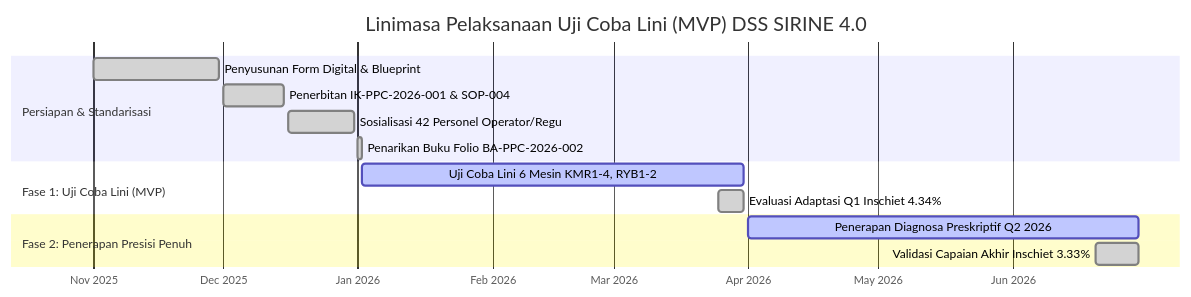
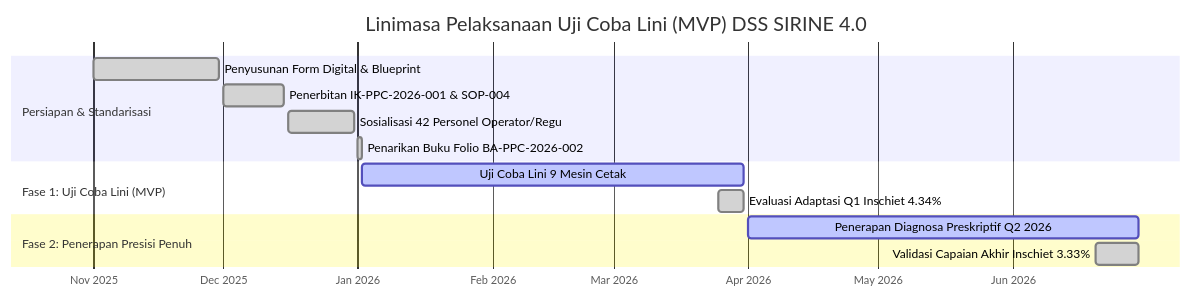
The fourth of 5 diagrams in makalah-iaka-2026/BAB4.md (ZulfikarHD/iaka-2026), drawn with Mermaid before and after one commit. The commit also changed other lines of this file and 8 other files, not shown here.

````diff
--- a/makalah-iaka-2026/BAB4.md
+++ b/makalah-iaka-2026/BAB4.md
@@ -229,17 +238,17 @@
 ```mermaid
 gantt
     title Linimasa Pelaksanaan Uji Coba Lini (MVP) DSS SIRINE 4.0
     dateFormat  YYYY-MM-DD
     axisFormat  %b %Y
     section Persiapan & Standarisasi
     Penyusunan Form Digital & Blueprint       :done, p1, 2025-11-01, 2025-11-30
     Penerbitan IK-PPC-2026-001 & SOP-004      :done, p2, 2025-12-01, 2025-12-15
     Sosialisasi 42 Personel Operator/Regu     :done, p3, 2025-12-16, 2025-12-31
     Penarikan Buku Folio BA-PPC-2026-002      :done, p4, 2026-01-01, 2026-01-02
     section Fase 1: Uji Coba Lini (MVP)
-    Uji Coba Lini 6 Mesin KMR1-4, RYB1-2      :active, m1, 2026-01-02, 2026-03-31
+    Uji Coba Lini 9 Mesin Cetak               :active, m1, 2026-01-02, 2026-03-31
     Evaluasi Adaptasi Q1 Inschiet 4.34%       :done, m2, 2026-03-25, 2026-03-31
     section Fase 2: Penerapan Presisi Penuh
     Penerapan Diagnosa Preskriptif Q2 2026    :active, f1, 2026-04-01, 2026-06-30
     Validasi Capaian Akhir Inschiet 3.33%     :done, f2, 2026-06-20, 2026-06-30
 ```
````
